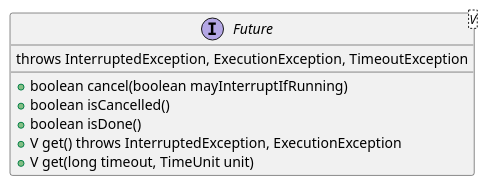
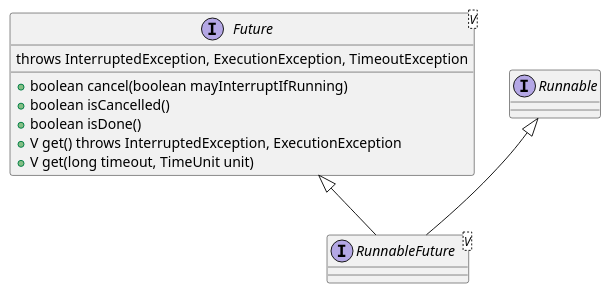
One commit to onlyonion/development changed the diagram in 10-java/src/java/util/concurrent/Future.md. Above: the diagram before and after it, drawn with PlantUML. The commit also changed other lines of this file and 4 other files, not shown here.

````diff
--- a/10-java/src/java/util/concurrent/Future.md
+++ b/10-java/src/java/util/concurrent/Future.md
@@ -3,14 +34,18 @@
 ```plantuml
 @startuml
 
 interface Future<V> {
     + boolean cancel(boolean mayInterruptIfRunning)
     + boolean isCancelled()
     + boolean isDone()
     + V get() throws InterruptedException, ExecutionException
     + V get(long timeout, TimeUnit unit)
         throws InterruptedException, ExecutionException, TimeoutException
 }
 
+interface Runnable
+Runnable ^-- RunnableFuture
+Future ^-- RunnableFuture
+interface RunnableFuture<V>
 @enduml
 ```
````
